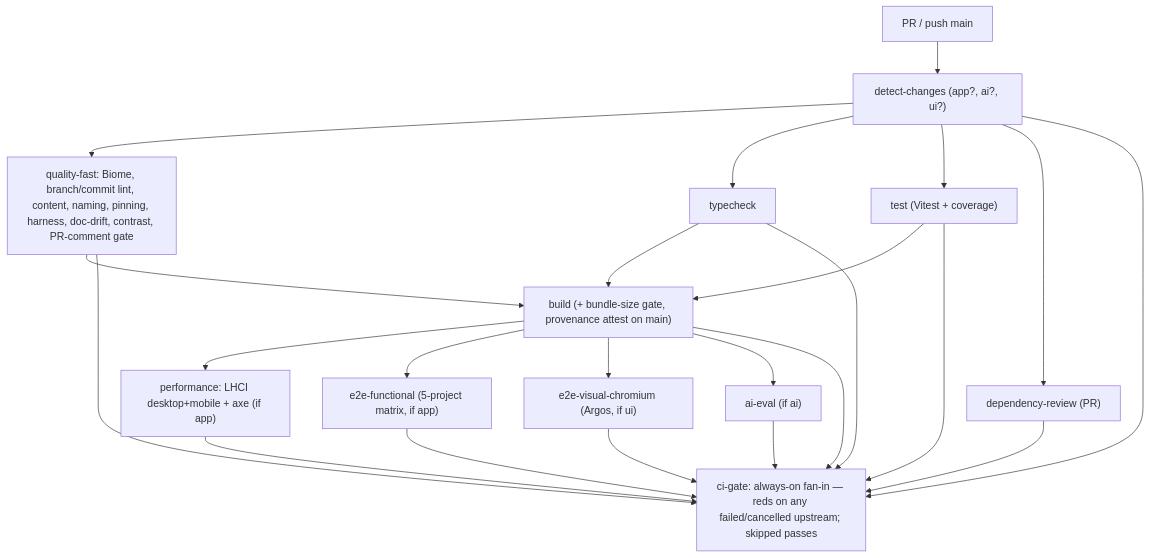
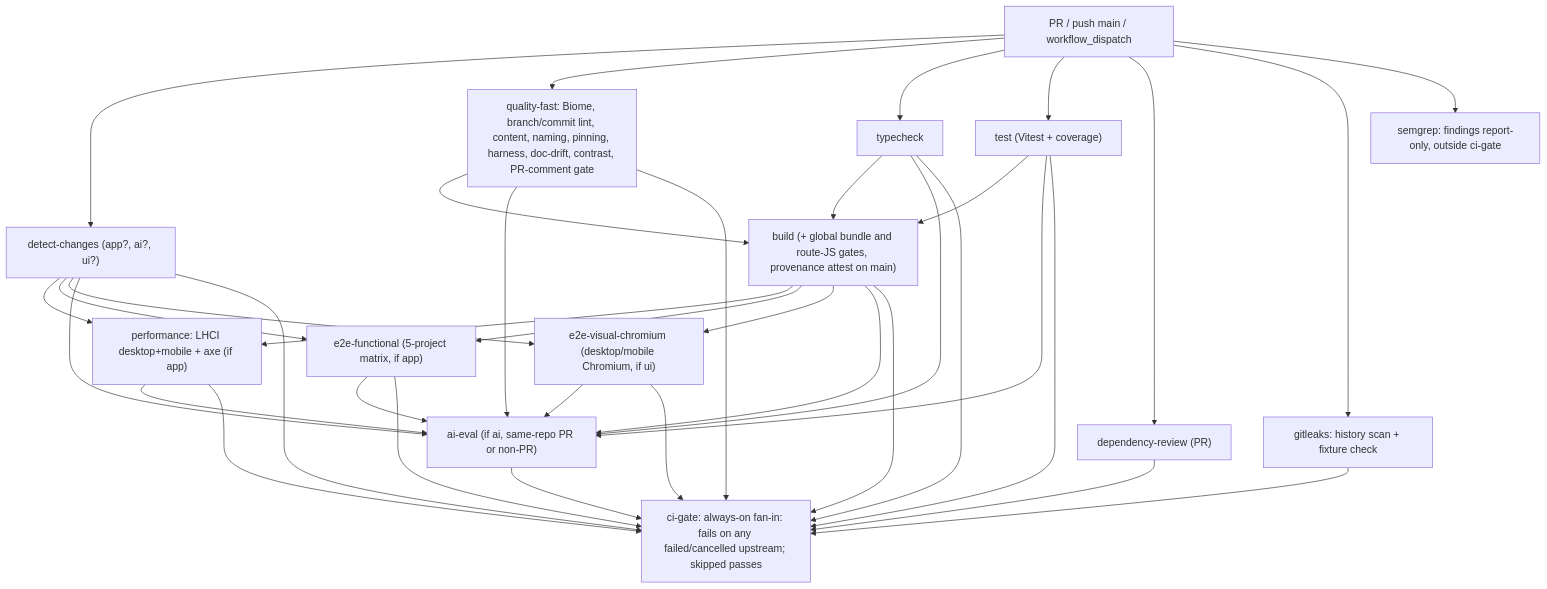
One commit to erikunha/portfolio changed the second of 2 diagrams in docs/07-workflows.md. Above: the diagram before and after it, drawn with Mermaid. The commit also changed other lines of this file and 30 other files, not shown here.

First line of the commit message:
docs(terminal-redesign): sync docs and diagrams with the redesign; review only on request (#291)

````diff
--- a/docs/07-workflows.md
+++ b/docs/07-workflows.md
@@ -76,26 +77,39 @@
 ```mermaid
 flowchart TD
-    pr["PR / push main"] --> dc["detect-changes (app?, ai?, ui?)"]
-    dc --> qf["quality-fast: Biome, branch/commit lint, content, naming, pinning, harness, doc-drift, contrast, PR-comment gate"]
-    dc --> tc["typecheck"]
-    dc --> t["test (Vitest + coverage)"]
-    dc --> dr["dependency-review (PR)"]
-    qf --> b["build (+ bundle-size gate, provenance attest on main)"]
+    pr["PR / push main / workflow_dispatch"] --> dc["detect-changes (app?, ai?, ui?)"]
+    pr --> qf["quality-fast: Biome, branch/commit lint, content, naming, pinning, harness, doc-drift, contrast, PR-comment gate"]
+    pr --> tc["typecheck"]
+    pr --> t["test (Vitest + coverage)"]
+    pr --> dr["dependency-review (PR)"]
+    qf --> b["build (+ global bundle and route-JS gates, provenance attest on main)"]
     tc --> b
     t --> b
     b --> perf["performance: LHCI desktop+mobile + axe (if app)"]
     b --> e2e["e2e-functional (5-project matrix, if app)"]
-    b --> vis["e2e-visual-chromium (Argos, if ui)"]
-    b --> ev["ai-eval (if ai)"]
+    b --> vis["e2e-visual-chromium (desktop/mobile Chromium, if ui)"]
+    dc --> perf
+    dc --> e2e
+    dc --> vis
+    dc --> ev
+    qf --> ev
+    tc --> ev
+    t --> ev
+    b --> ev["ai-eval (if ai, same-repo PR or non-PR)"]
+    perf --> ev
+    e2e --> ev
+    vis --> ev
+    pr --> secrets["gitleaks: history scan + fixture check"]
+    secrets --> gate
+    pr --> semgrep["semgrep: findings report-only, outside ci-gate"]
     dc --> gate
     qf --> gate
     tc --> gate
     t --> gate
     dr --> gate
     b --> gate
     perf --> gate
     e2e --> gate
     vis --> gate
     ev --> gate
-    gate["ci-gate: always-on fan-in — reds on any failed/cancelled upstream; skipped passes"]
+    gate["ci-gate: always-on fan-in: fails on any failed/cancelled upstream; skipped passes"]
 ```
````
